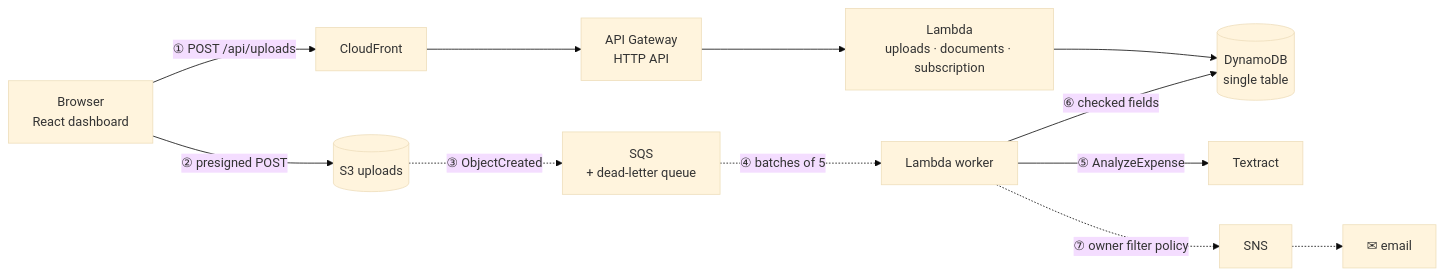
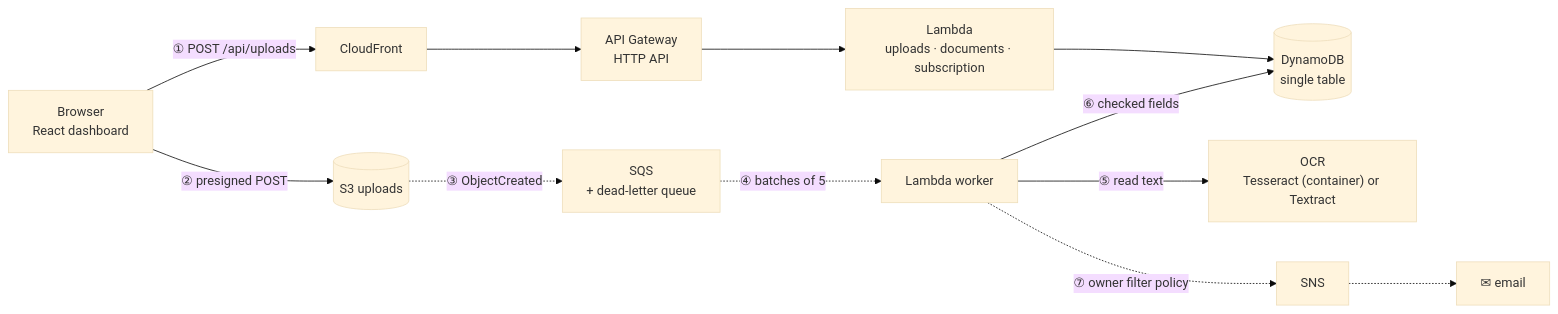
One commit to pajiala99/parchi changed the diagram in README.md. Above: the diagram before and after it, drawn with Mermaid (base theme). The commit also changed other lines of this file, not shown here.

Commit message:
README: describe the live Tesseract container on AWS Academy and how to rebuild it

````diff
--- a/README.md
+++ b/README.md
@@ -42,12 +45,12 @@
 ```mermaid
 flowchart LR
   B["Browser<br/>React dashboard"] -->|"① POST /api/uploads"| CF[CloudFront]
   CF --> APIGW["API Gateway<br/>HTTP API"] --> FN["Lambda<br/>uploads · documents · subscription"]
   FN --> DDB[("DynamoDB<br/>single table")]
   B -->|"② presigned POST"| S3[("S3 uploads")]
   S3 -. "③ ObjectCreated" .-> SQS["SQS<br/>+ dead-letter queue"]
   SQS -. "④ batches of 5" .-> W["Lambda worker"]
-  W -->|"⑤ AnalyzeExpense"| TX[Textract]
+  W -->|"⑤ read text"| TX["OCR<br/>Tesseract (container) or Textract"]
   W -->|"⑥ checked fields"| DDB
   W -. "⑦ owner filter policy" .-> SNS[SNS] -.-> MAIL["✉ email"]
 ```
````
